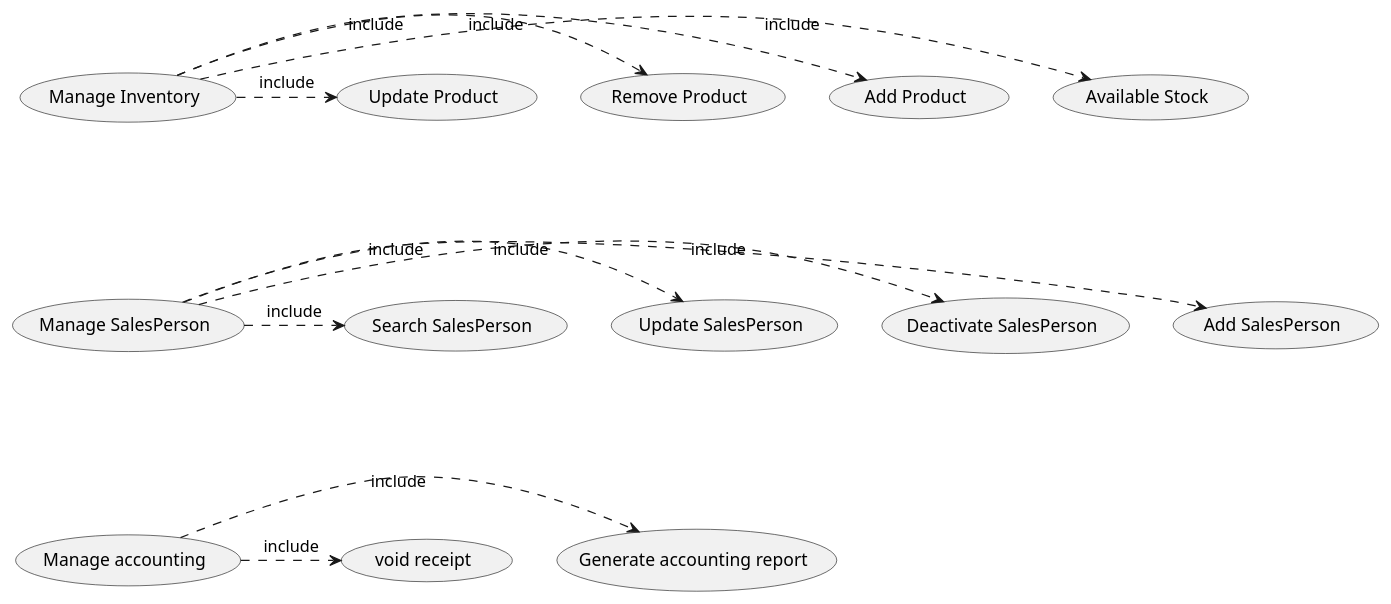
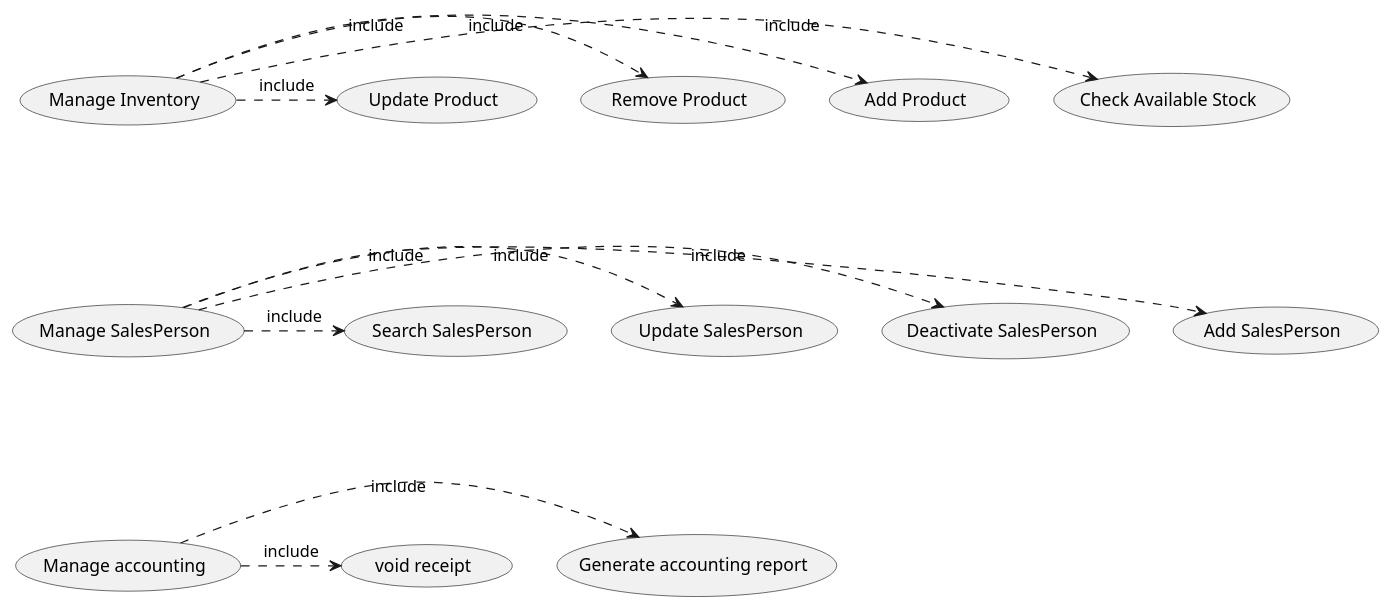
The third of 5 diagrams in Deliverables/RequirementsDocument.md (zitabou/EZShop), drawn with PlantUML before and after one commit. The commit also changed other lines of this file, not shown here.

````diff
--- a/Deliverables/RequirementsDocument.md
+++ b/Deliverables/RequirementsDocument.md
@@ -291,19 +291,19 @@
 ```plantuml
 @startuml
-(Manage Inventory) .> (Available Stock) :include
+(Manage Inventory) .> (Check Available Stock) :include
 (Manage Inventory) .> (Add Product) :include
 (Manage Inventory) .> (Remove Product) :include
 (Manage Inventory) .> (Update Product) :include
 
 (Manage SalesPerson) -[hidden]up-- (Manage Inventory)
 (Manage SalesPerson) .> (Add SalesPerson) :include
 (Manage SalesPerson) .> (Deactivate SalesPerson) :include
 (Manage SalesPerson) .> (Update SalesPerson) :include
 (Manage SalesPerson) .> (Search SalesPerson) :include
 
 (Manage accounting) -[hidden]up-- (Manage SalesPerson)
 (Manage accounting) .> (Generate accounting report) :include
 (Manage accounting) .> (void receipt) :include
 
 @enduml
 ```
````
